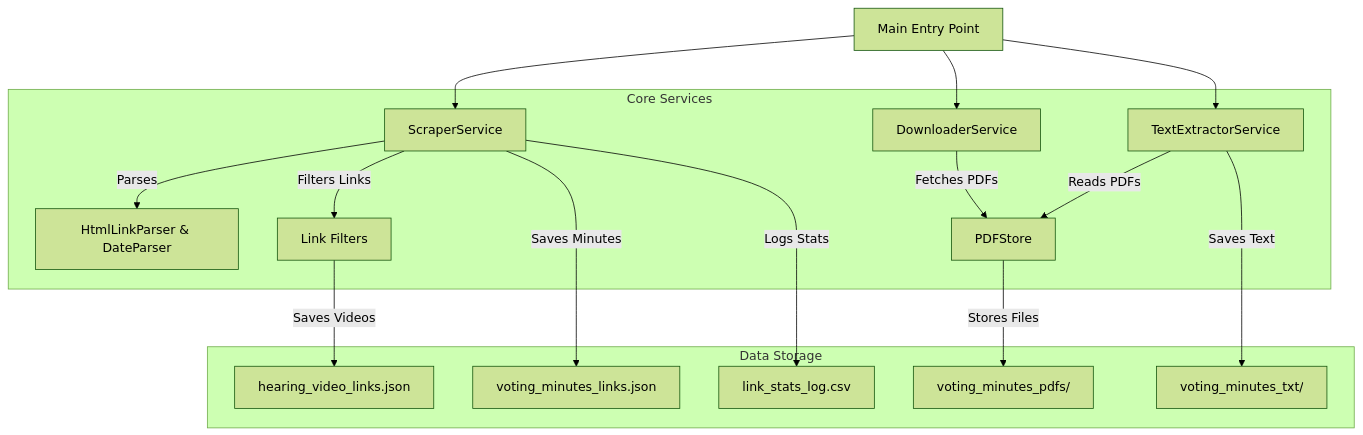
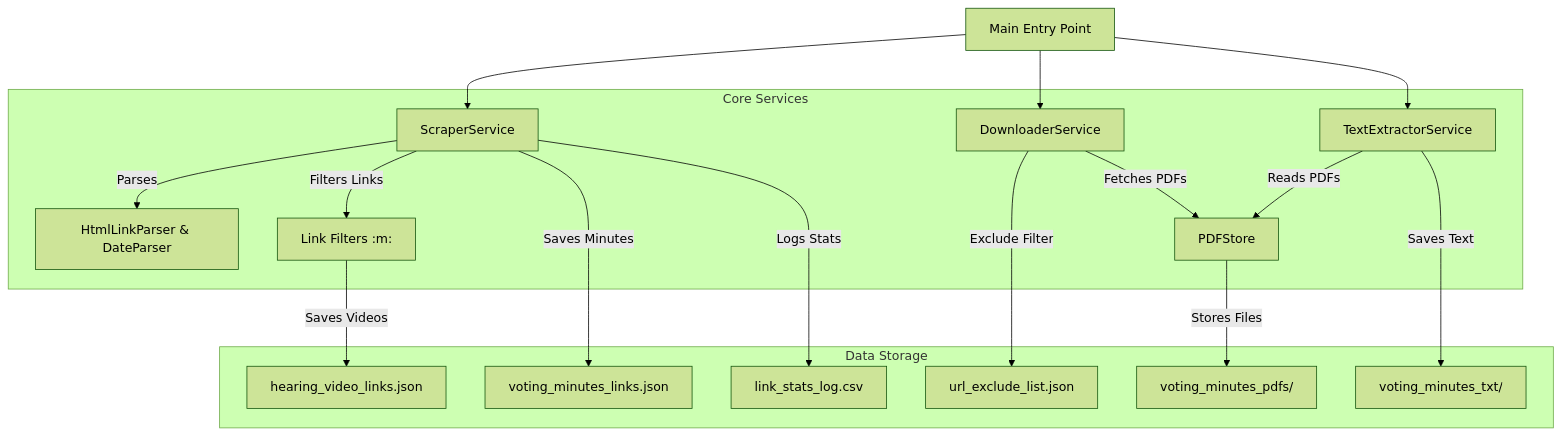
The diagram in README.md (DanHUMassMed/Licensing-Board-Scrape), drawn with Mermaid (forest theme) before and after one commit. The commit also changed 1 other file, not shown here.

Commit message:
update component diagram

````diff
--- a/README.md
+++ b/README.md
@@ -11,21 +11,22 @@
 ```mermaid
 graph TD
     Main[Main Entry Point] --> Scraper[ScraperService]
     Main --> Downloader[DownloaderService]
     Main --> Extractor[TextExtractorService]
 
     subgraph "Core Services"
         Scraper -->|Parses| Parser["HtmlLinkParser & DateParser"]
-        Scraper -->|Filters Links| Filters[Link Filters]
+        Scraper -->|Filters Links| Filters[Link Filters :m:]
         Downloader -->|Fetches PDFs| PdfStore[PDFStore]
         Extractor -->|Reads PDFs| PdfStore
     end
 
     subgraph "Data Storage"
         Filters -->|Saves Videos| VideoJson["hearing_video_links.json"]
         Scraper -->|Saves Minutes| MinutesJson["voting_minutes_links.json"]
         Scraper -->|Logs Stats| CsvLog["link_stats_log.csv"]
+        Downloader -->|Exclude Filter| ExcludeJson["url_exclude_list.json"]
         PdfStore -->|Stores Files| PdfFiles["voting_minutes_pdfs/"]
         Extractor -->|Saves Text| TxtFiles["voting_minutes_txt/"]
     end
 ```
````
